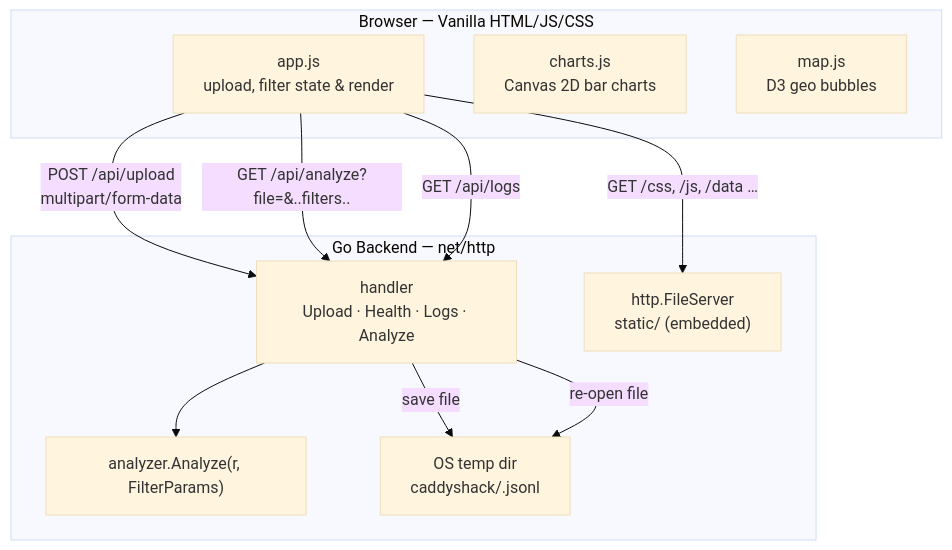
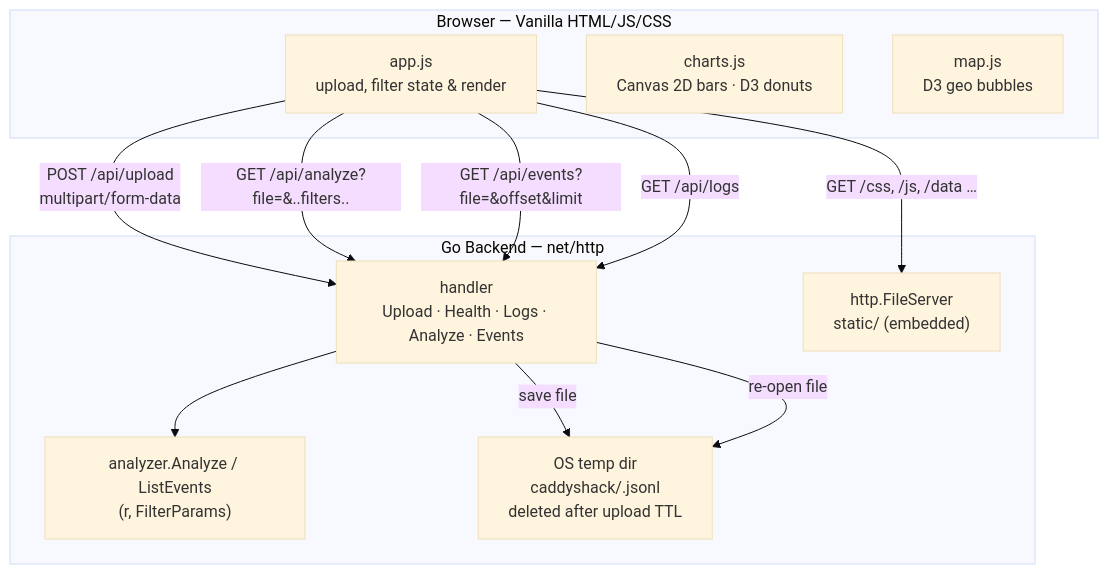
The first of 2 diagrams in doc/arch/05_building_block_view.md (bjblazko/caddyshack), drawn with Mermaid (base theme) before and after one commit. The commit also changed other lines of this file and 8 other files, not shown here.

````diff
--- a/doc/arch/05_building_block_view.md
+++ b/doc/arch/05_building_block_view.md
@@ -5,23 +5,24 @@
 ```mermaid
 graph TB
     subgraph Browser["Browser — Vanilla HTML/JS/CSS"]
         appjs["app.js\nupload, filter state & render"]
-        chartsjs["charts.js\nCanvas 2D bar charts"]
+        chartsjs["charts.js\nCanvas 2D bars · D3 donuts"]
         mapjs["map.js\nD3 geo bubbles"]
     end
 
     subgraph Backend["Go Backend — net/http"]
-        handler["handler\nUpload · Health · Logs · Analyze"]
-        analyzer["analyzer.Analyze(r, FilterParams)"]
+        handler["handler\nUpload · Health · Logs · Analyze · Events"]
+        analyzer["analyzer.Analyze / ListEvents\n(r, FilterParams)"]
         fileserver["http.FileServer\nstatic/ (embedded)"]
-        tmpdir["OS temp dir\ncaddyshack/<id>.jsonl"]
+        tmpdir["OS temp dir\ncaddyshack/<id>.jsonl\ndeleted after upload TTL"]
     end
 
     appjs -->|"POST /api/upload\nmultipart/form-data"| handler
     appjs -->|"GET /api/analyze?file=<id>&..filters.."| handler
+    appjs -->|"GET /api/events?file=<id>&offset&limit"| handler
     appjs -->|"GET /api/logs"| handler
     appjs -->|"GET /css, /js, /data …"| fileserver
     handler -->|"save file"| tmpdir
     handler -->|"re-open file"| tmpdir
     handler --> analyzer
 ```
````
